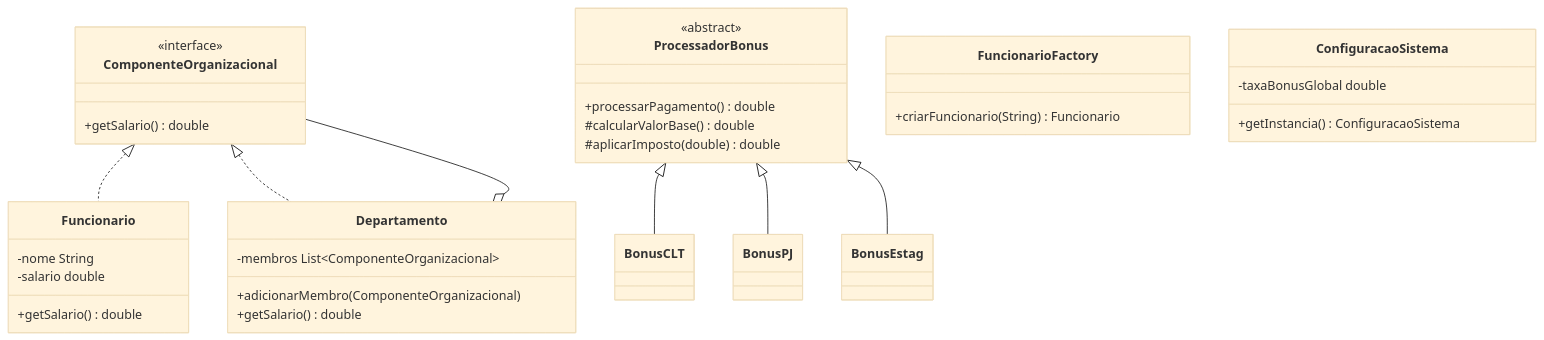
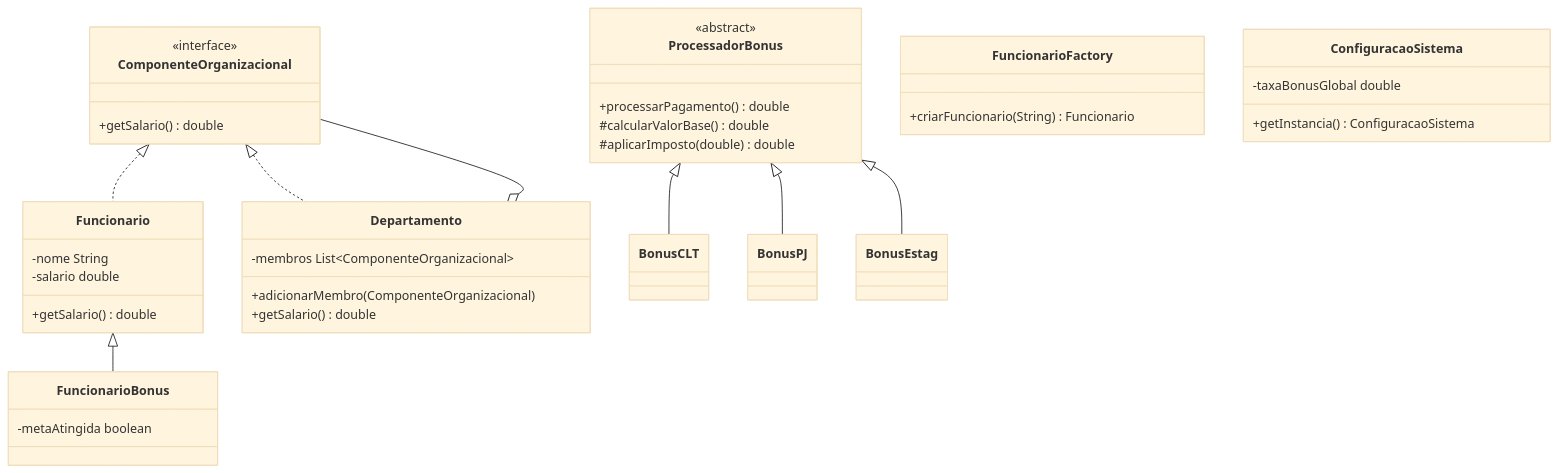
The diagram in Exercicio_aula-4/UML.md (Maryyscreuza/TPPE_2026-2), drawn with Mermaid (base theme) before and after one commit.

Commit message:
docs: atualiza diagrama de classes

````diff
--- a/Exercicio_aula-4/UML.md
+++ b/Exercicio_aula-4/UML.md
@@ -3,41 +3,45 @@
 ```mermaid
 classDiagram
     class ComponenteOrganizacional {
         <<interface>>
         +getSalario() double
     }
     class Funcionario {
         -nome String
         -salario double
         +getSalario() double
     }
+    class FuncionarioBonus {
+        -metaAtingida boolean
+    }
     class Departamento {
         -membros List~ComponenteOrganizacional~
         +adicionarMembro(ComponenteOrganizacional)
         +getSalario() double
     }
     ComponenteOrganizacional <|.. Funcionario
     ComponenteOrganizacional <|.. Departamento
+    Funcionario <|-- FuncionarioBonus
     Departamento o-- ComponenteOrganizacional
 
     class ProcessadorBonus {
         <<abstract>>
         +processarPagamento() double
         #calcularValorBase() double
         #aplicarImposto(double) double
     }
     class BonusCLT
     class BonusPJ
     class BonusEstag
     ProcessadorBonus <|-- BonusCLT
     ProcessadorBonus <|-- BonusPJ
     ProcessadorBonus <|-- BonusEstag
 
     class FuncionarioFactory {
         +criarFuncionario(String) Funcionario
     }
     class ConfiguracaoSistema {
         -taxaBonusGlobal double
         +getInstancia() ConfiguracaoSistema
     }
 ```
````
